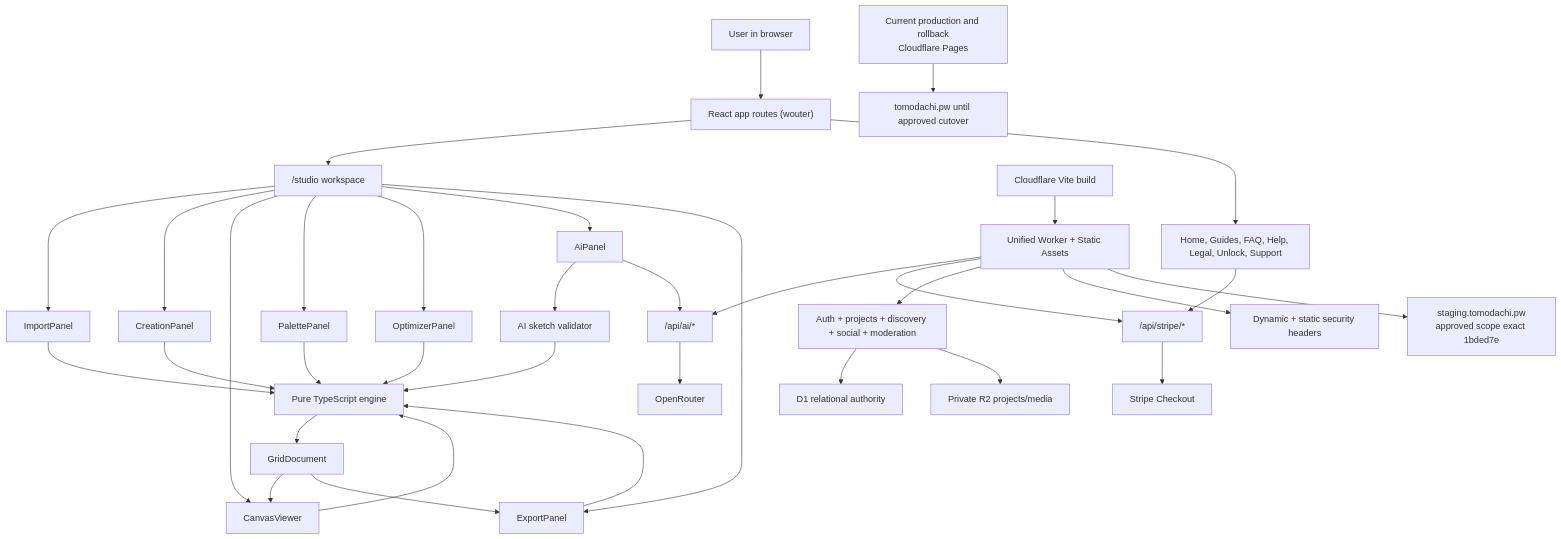
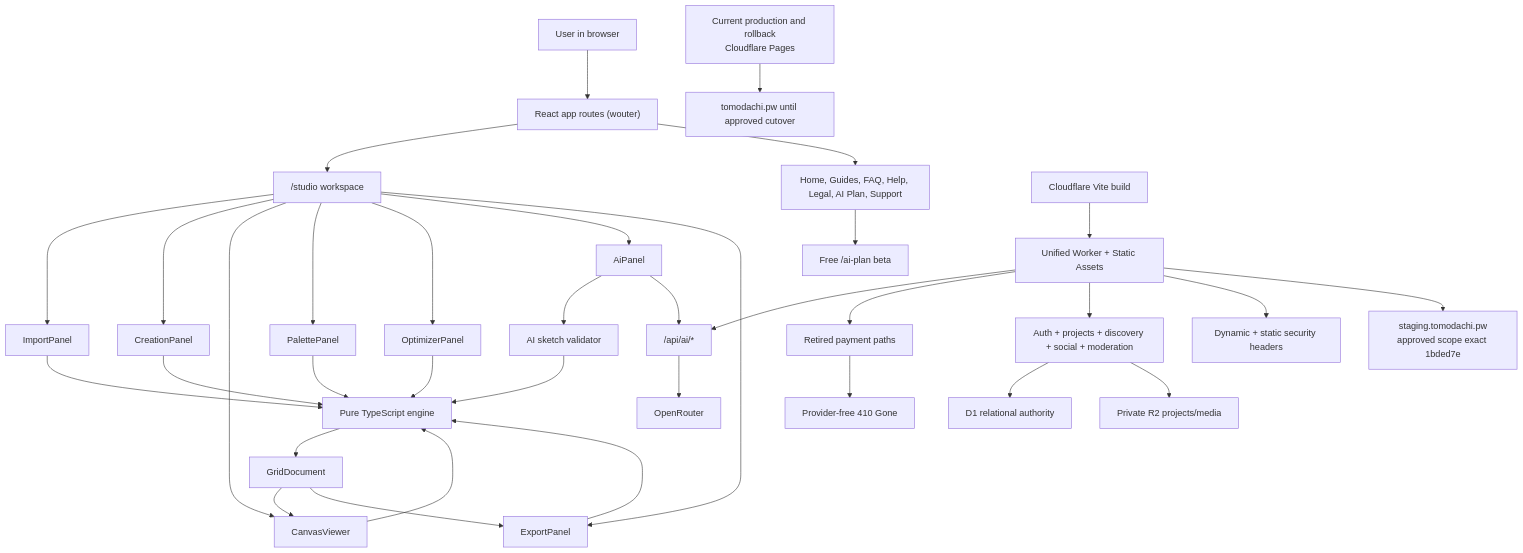
Before and after one commit to RazonIn4K/Mii-pixelart: the first of 8 diagrams in living-the-grid-studio/PROJECT_STACK_AND_IMPLEMENTATION.md, drawn with Mermaid. The commit also changed other lines of this file and 66 other files, not shown here.

````diff
--- a/living-the-grid-studio/PROJECT_STACK_AND_IMPLEMENTATION.md
+++ b/living-the-grid-studio/PROJECT_STACK_AND_IMPLEMENTATION.md
@@ -77,44 +79,44 @@
 ```mermaid
 flowchart TD
   User["User in browser"] --> Routes["React app routes (wouter)"]
   Routes --> Studio["/studio workspace"]
-  Routes --> SitePages["Home, Guides, FAQ, Help, Legal, Unlock, Support"]
+  Routes --> SitePages["Home, Guides, FAQ, Help, Legal, AI Plan, Support"]
 
   Studio --> Import["ImportPanel"]
   Studio --> Create["CreationPanel"]
   Studio --> Canvas["CanvasViewer"]
   Studio --> Palette["PalettePanel"]
   Studio --> Optimize["OptimizerPanel"]
   Studio --> AI["AiPanel"]
   Studio --> Export["ExportPanel"]
 
   Import --> Engine["Pure TypeScript engine"]
   Create --> Engine
   Canvas --> Engine
   Palette --> Engine
   Optimize --> Engine
   AI --> AiSketch["AI sketch validator"]
   AiSketch --> Engine
   Export --> Engine
 
   Engine --> GridDoc["GridDocument"]
   GridDoc --> Canvas
   GridDoc --> Export
 
   AI --> ApiAI["/api/ai/*"]
   ApiAI --> OpenRouter["OpenRouter"]
 
-  SitePages --> ApiStripe["/api/stripe/*"]
-  ApiStripe --> Stripe["Stripe Checkout"]
+  SitePages --> AiPlan["Free /ai-plan beta"]
+  LegacyPayment["Retired payment paths"] --> Gone["Provider-free 410 Gone"]
 
   BrowserBuild["Cloudflare Vite build"] --> Worker["Unified Worker + Static Assets"]
   Worker --> ApiAI
-  Worker --> ApiStripe
+  Worker --> LegacyPayment
   Worker --> Community["Auth + projects + discovery + social + moderation"]
   Community --> D1["D1 relational authority"]
   Community --> R2["Private R2 projects/media"]
   Worker --> Headers["Dynamic + static security headers"]
 
   Worker --> Staging["staging.tomodachi.pw\napproved scope exact 1bded7e"]
   LegacyPages["Current production and rollback\nCloudflare Pages"] --> Live["tomodachi.pw until approved cutover"]
 ```
````
